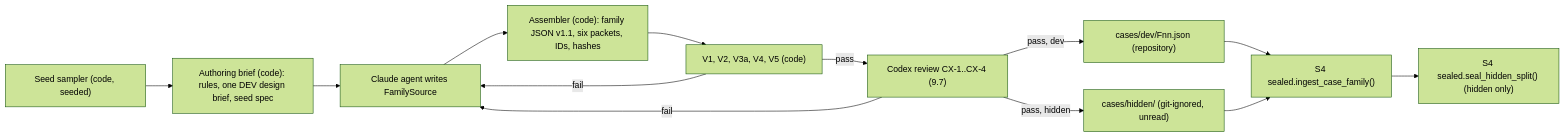
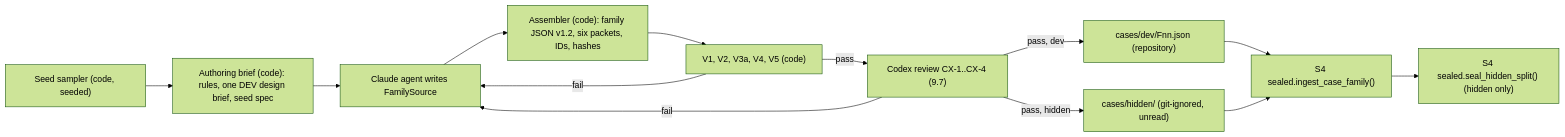
Before and after one commit to bbsatvik01/unissant_agentic_training_arena: the diagram in docs/spec/S1-scenario-engine.md, drawn with Mermaid (forest theme). The commit also changed other lines of this file and 18 other files, not shown here.

Commit message:
docs(spec): v2.3 Codex round 1 fixes for S1-S5, schemas, seeds and SQL (S6-S8 fixer resuming)

````diff
--- a/docs/spec/S1-scenario-engine.md
+++ b/docs/spec/S1-scenario-engine.md
@@ -339,15 +367,15 @@
 ```mermaid
 flowchart LR
   SS["Seed sampler (code, seeded)"] --> B["Authoring brief (code): rules, one DEV design brief, seed spec"]
   B --> W["Claude agent writes FamilySource"]
-  W --> A["Assembler (code): family JSON v1.1, six packets, IDs, hashes"]
+  W --> A["Assembler (code): family JSON v1.2, six packets, IDs, hashes"]
   A --> V["V1, V2, V3a, V4, V5 (code)"]
   V -- fail --> W
   V -- pass --> C["Codex review CX-1..CX-4 (9.7)"]
   C -- fail --> W
   C -- pass, dev --> R["cases/dev/Fnn.json (repository)"]
   C -- pass, hidden --> H["cases/hidden/ (git-ignored, unread)"]
   R --> I["S4 sealed.ingest_case_family()"]
   H --> I
   I --> S["S4 sealed.seal_hidden_split() (hidden only)"]
 ```
````
